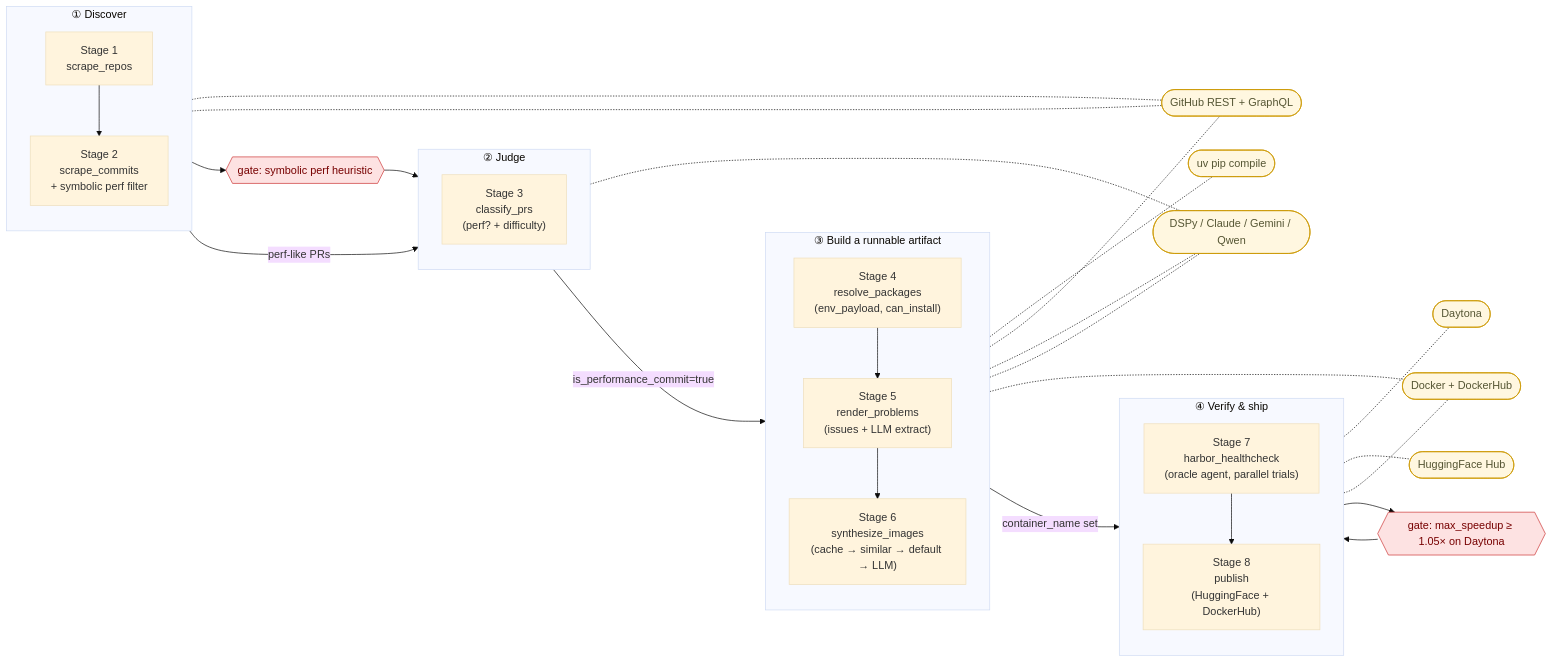
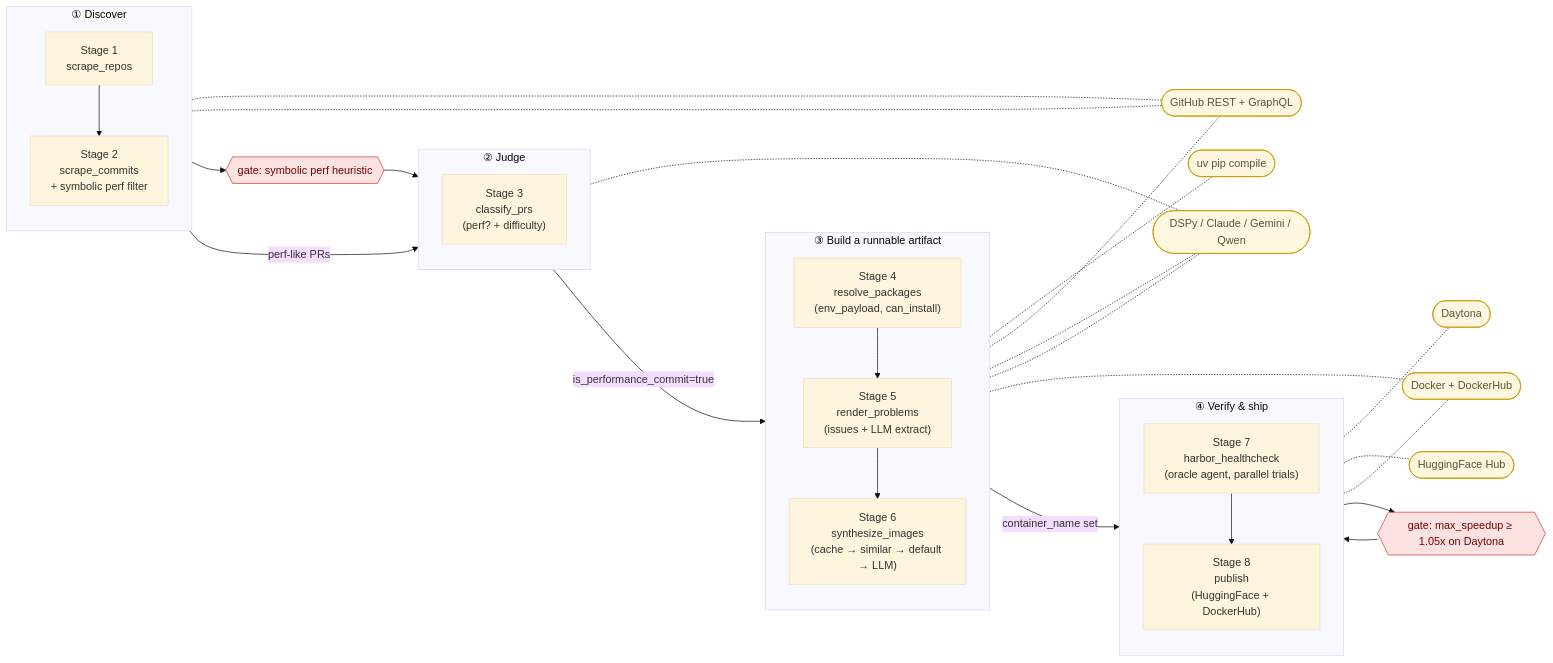
One commit to formula-code/formula-code.github.io changed the diagram in OVERVIEW_ANIMATION.md. Above: the diagram before and after it, drawn with Mermaid (base theme). The commit also changed other lines of this file and 26 other files, not shown here.

````diff
--- a/OVERVIEW_ANIMATION.md
+++ b/OVERVIEW_ANIMATION.md
@@ -11,60 +11,60 @@
 ```mermaid
 flowchart LR
     subgraph Discover["① Discover"]
         direction TB
         S1["Stage 1<br/>scrape_repos"]
         S2["Stage 2<br/>scrape_commits<br/>+ symbolic perf filter"]
         S1 --> S2
     end
 
     subgraph Judge["② Judge"]
         direction TB
         S3["Stage 3<br/>classify_prs<br/>(perf? + difficulty)"]
     end
 
     subgraph Build["③ Build a runnable artifact"]
         direction TB
         S4["Stage 4<br/>resolve_packages<br/>(env_payload, can_install)"]
         S5["Stage 5<br/>render_problems<br/>(issues + LLM extract)"]
         S6["Stage 6<br/>synthesize_images<br/>(cache → similar → default → LLM)"]
         S4 --> S5 --> S6
     end
 
     subgraph Verify["④ Verify & ship"]
         direction TB
         S7["Stage 7<br/>harbor_healthcheck<br/>(oracle agent, parallel trials)"]
         S8["Stage 8<br/>publish<br/>(HuggingFace + DockerHub)"]
         S7 --> S8
     end
 
     GH(["GitHub REST + GraphQL"]):::ext
     LLM(["DSPy / Claude / Gemini / Qwen"]):::ext
     UV(["uv pip compile"]):::ext
     DOC(["Docker + DockerHub"]):::ext
     DAY(["Daytona"]):::ext
     HF(["HuggingFace Hub"]):::ext
 
     Discover -->|"perf-like PRs"| Judge
     Judge -->|"is_performance_commit=true"| Build
     Build -->|"container_name set"| Verify
 
     S1 -.- GH
     S2 -.- GH
     S3 -.- LLM
     S4 -.- UV
     S5 -.- GH
     S5 -.- LLM
     S6 -.- LLM
     S6 -.- DOC
     S7 -.- DAY
     S8 -.- HF
     S8 -.- DOC
 
     G1{{"gate: symbolic perf heuristic"}}:::gate
-    G2{{"gate: max_speedup ≥ 1.05× on Daytona"}}:::gate
+    G2{{"gate: max_speedup ≥ 1.05x on Daytona"}}:::gate
     S2 --> G1 --> S3
     S7 --> G2 --> S8
 
     classDef ext fill:#fff7e0,stroke:#c90,color:#553
     classDef gate fill:#fde2e2,stroke:#c33,color:#700
 ```
````
